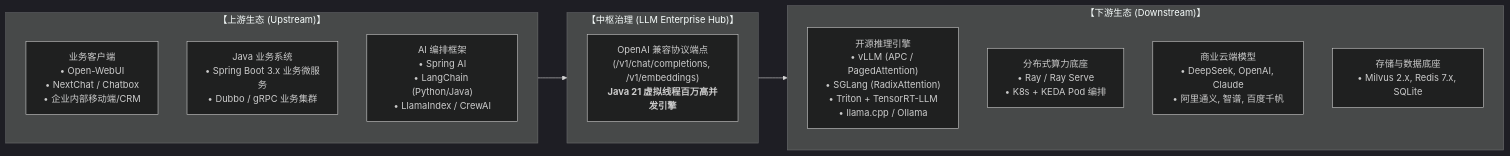
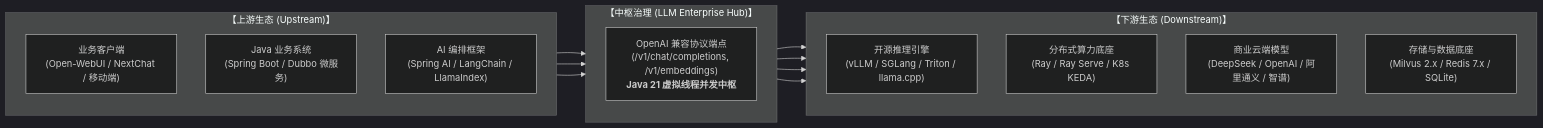
Before and after one commit to u8u7u87/llm-enterprise-hub: the second of 5 diagrams in docs/ecosystem-positioning.md, drawn with Mermaid (dark theme). The commit also changed other lines of this file and 3 other files, not shown here.

Commit message:
fix(docs): resolve Unable to render rich display error by standardizing all Mermaid diagrams to robust node-based flowcharts and sequence diagrams

````diff
--- a/docs/ecosystem-positioning.md
+++ b/docs/ecosystem-positioning.md
@@ -118,25 +122,30 @@
 ```mermaid
-graph LR
+flowchart LR
     subgraph Upstream["【上游生态 (Upstream)】"]
         direction TB
-        U1["业务客户端<br>• Open-WebUI<br>• NextChat / Chatbox<br>• 企业内部移动端/CRM"]
-        U2["Java 业务系统<br>• Spring Boot 3.x 业务微服务<br>• Dubbo / gRPC 业务集群"]
-        U3["AI 编排框架<br>• Spring AI<br>• LangChain (Python/Java)<br>• LlamaIndex / CrewAI"]
+        U1["业务客户端<br>(Open-WebUI / NextChat / 移动端)"]
+        U2["Java 业务系统<br>(Spring Boot / Dubbo 微服务)"]
+        U3["AI 编排框架<br>(Spring AI / LangChain / LlamaIndex)"]
     end
 
     subgraph Hub["【中枢治理 (LLM Enterprise Hub)】"]
         direction TB
-        HubNode["OpenAI 兼容协议端点<br>(/v1/chat/completions, /v1/embeddings)<br><b>Java 21 虚拟线程百万高并发引擎</b>"]
+        HubNode["OpenAI 兼容协议端点<br>(/v1/chat/completions, /v1/embeddings)<br><b>Java 21 虚拟线程并发中枢</b>"]
     end
 
     subgraph Downstream["【下游生态 (Downstream)】"]
         direction TB
-        D1["开源推理引擎<br>• vLLM (APC / PagedAttention)<br>• SGLang (RadixAttention)<br>• Triton + TensorRT-LLM<br>• llama.cpp / Ollama"]
-        D2["分布式算力底座<br>• Ray / Ray Serve<br>• K8s + KEDA Pod 编排"]
-        D3["商业云端模型<br>• DeepSeek, OpenAI, Claude<br>• 阿里通义, 智谱, 百度千帆"]
-        D4["存储与数据底座<br>• Milvus 2.x, Redis 7.x, SQLite"]
+        D1["开源推理引擎<br>(vLLM / SGLang / Triton / llama.cpp)"]
+        D2["分布式算力底座<br>(Ray / Ray Serve / K8s KEDA)"]
+        D3["商业云端模型<br>(DeepSeek / OpenAI / 阿里通义 / 智谱)"]
+        D4["存储与数据底座<br>(Milvus 2.x / Redis 7.x / SQLite)"]
     end
 
-    Upstream --> Hub
-    Hub --> Downstream
+    U1 --> HubNode
+    U2 --> HubNode
+    U3 --> HubNode
+    HubNode --> D1
+    HubNode --> D2
+    HubNode --> D3
+    HubNode --> D4
 ```
````
